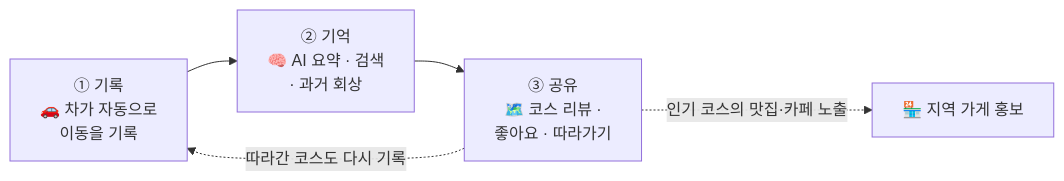
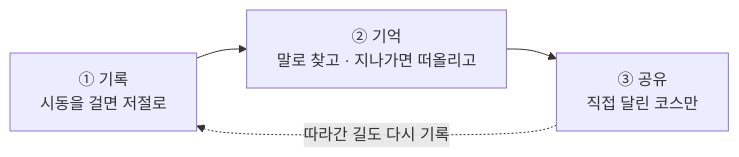
The diagram in README.md (juyoung020/eodiyeotji), drawn with Mermaid before and after one commit. The commit also changed other lines of this file, not shown here.

````diff
--- a/README.md
+++ b/README.md
@@ -46,7 +82,6 @@
 ```mermaid
 flowchart LR
-    A["① 기록<br/>🚗 차가 자동으로<br/>이동을 기록"] --> B["② 기억<br/>🧠 AI 요약 · 검색<br/>· 과거 회상"]
-    B --> C["③ 공유<br/>🗺️ 코스 리뷰 ·<br/>좋아요 · 따라가기"]
-    C -.->|인기 코스의 맛집·카페 노출| D["🏪 지역 가게 홍보"]
-    C -.->|따라간 코스도 다시 기록| A
+    A["① 기록<br/>시동을 걸면 저절로"] --> B["② 기억<br/>말로 찾고 · 지나가면 떠올리고"]
+    B --> C["③ 공유<br/>직접 달린 코스만"]
+    C -.->|따라간 길도 다시 기록| A
 ```
````
